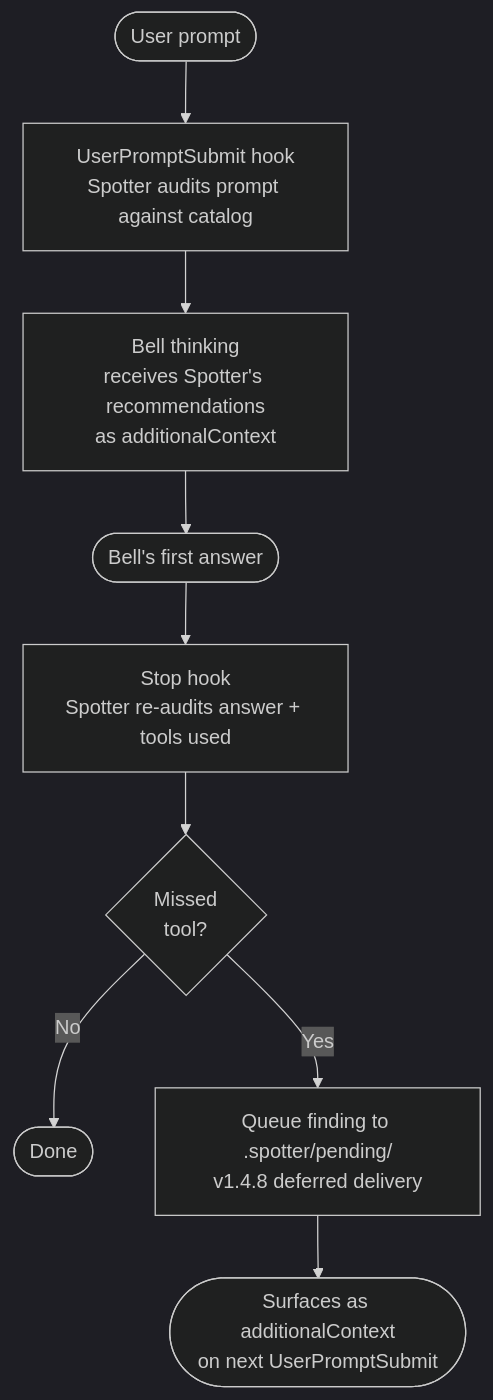
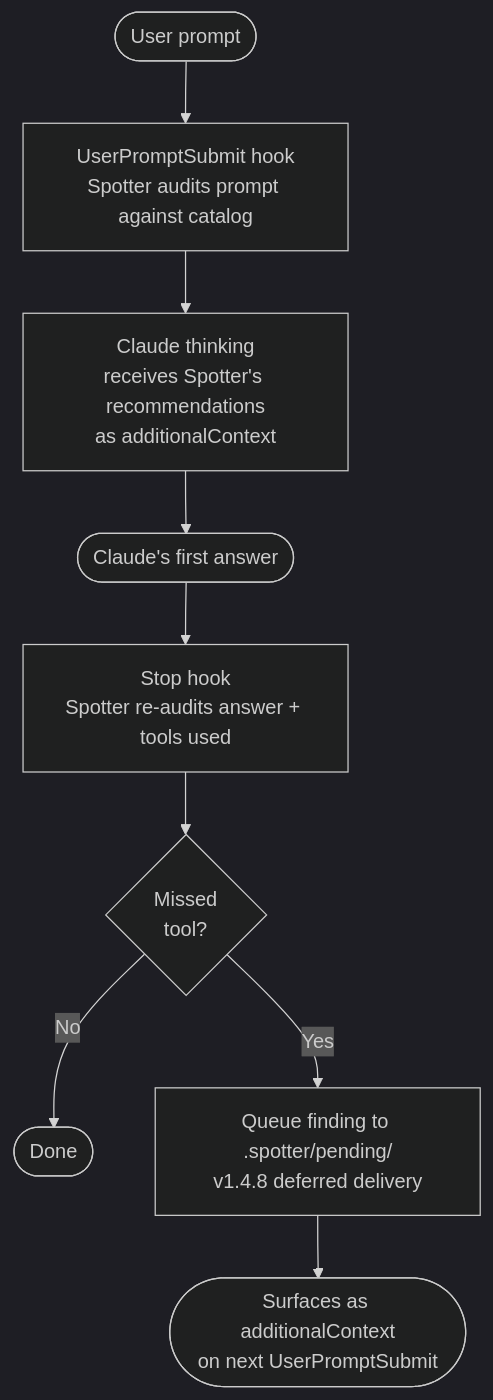
Before and after one commit to kitepon-rgb/Spotter: the first of 2 diagrams in README.md, drawn with Mermaid (dark theme). The commit also changed other lines of this file and 4 other files, not shown here.

````diff
--- a/README.md
+++ b/README.md
@@ -94,11 +94,11 @@
 ```mermaid
 flowchart TD
     U([User prompt]) --> UPH[UserPromptSubmit hook<br/>Spotter audits prompt against catalog]
-    UPH --> BT[Bell thinking<br/>receives Spotter's recommendations<br/>as additionalContext]
-    BT --> BA([Bell's first answer])
+    UPH --> BT[Claude thinking<br/>receives Spotter's recommendations<br/>as additionalContext]
+    BT --> BA([Claude's first answer])
     BA --> SH[Stop hook<br/>Spotter re-audits answer + tools used]
     SH --> DEC{Missed<br/>tool?}
     DEC -->|No| DONE([Done])
     DEC -->|Yes| SB[Queue finding to .spotter/pending/<br/>v1.4.8 deferred delivery]
     SB --> NEXT([Surfaces as additionalContext<br/>on next UserPromptSubmit])
 ```
````
